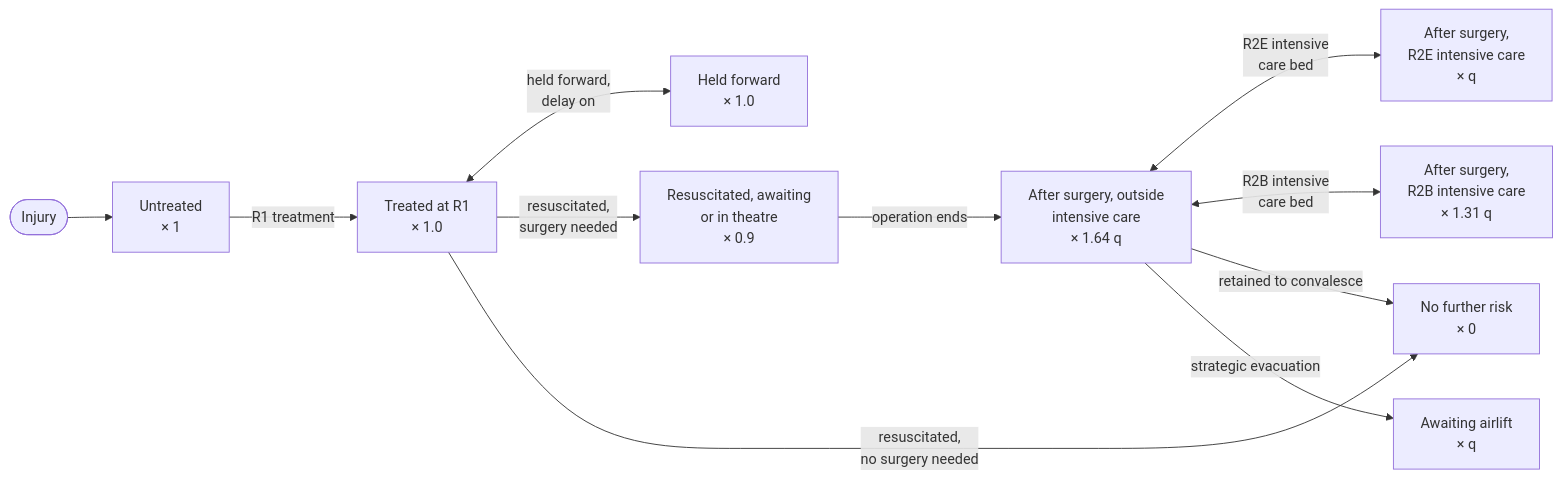
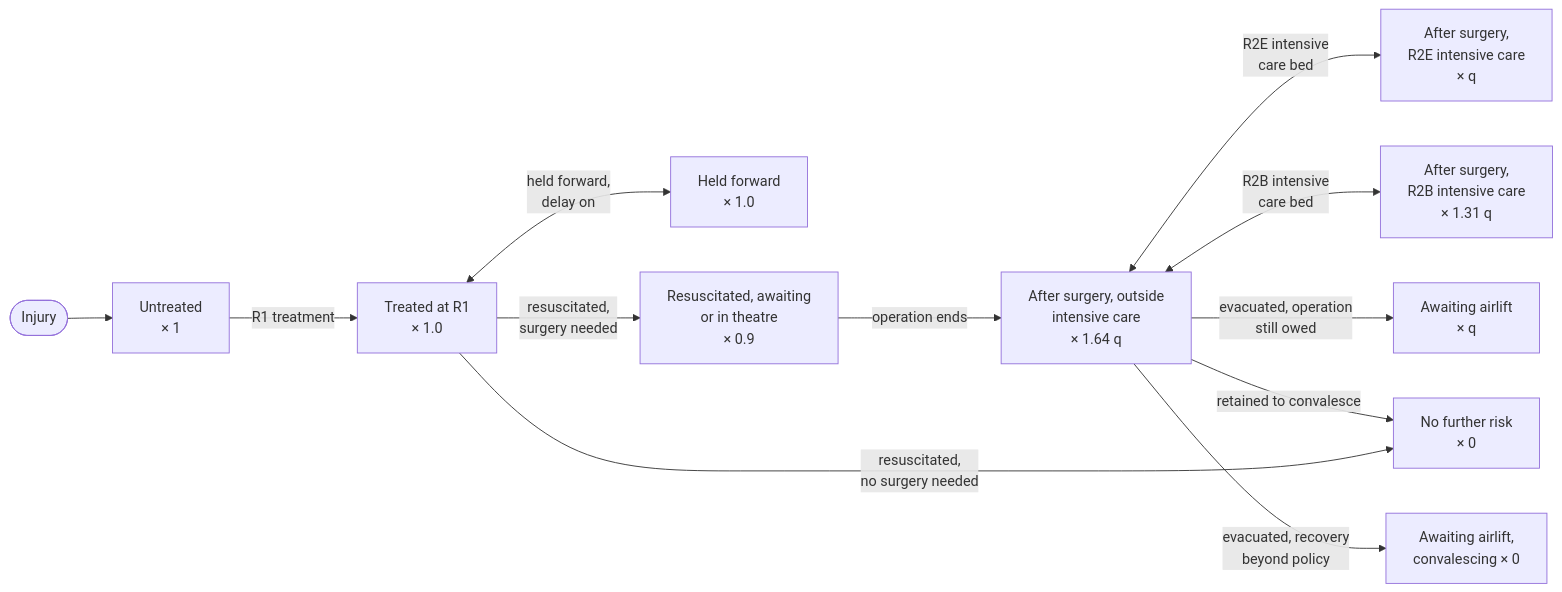
One commit to natosys/Battlefield-Casualty-Handling changed the second of 5 diagrams in README.md. Above: the diagram before and after it, drawn with Mermaid. The commit also changed other lines of this file and 4 other files, not shown here.

First line of the commit message:
docs(issue-631): document return to duty while awaiting airlift

````diff
--- a/README.md
+++ b/README.md
@@ -781,13 +781,14 @@
 ```mermaid
 flowchart LR
     INJ([Injury]) --> U["Untreated<br/>× 1"]
     U -->|R1 treatment| R1["Treated at R1<br/>× 1.0"]
     R1 <-->|"held forward,<br/>delay on"| HF["Held forward<br/>× 1.0"]
     R1 -->|"resuscitated,<br/>surgery needed"| RS["Resuscitated, awaiting<br/>or in theatre<br/>× 0.9"]
     R1 -->|"resuscitated,<br/>no surgery needed"| Z["No further risk<br/>× 0"]
     RS -->|operation ends| OUT["After surgery, outside<br/>intensive care<br/>× 1.64 q"]
     OUT <-->|"R2E intensive<br/>care bed"| ICU["After surgery,<br/>R2E intensive care<br/>× q"]
     OUT <-->|"R2B intensive<br/>care bed"| R2BICU["After surgery,<br/>R2B intensive care<br/>× 1.31 q"]
     OUT -->|retained to convalesce| Z
-    OUT -->|strategic evacuation| AIR["Awaiting airlift<br/>× q"]
+    OUT -->|"evacuated, operation<br/>still owed"| AIR["Awaiting airlift<br/>× q"]
+    OUT -->|"evacuated, recovery<br/>beyond policy"| AIRC["Awaiting airlift,<br/>convalescing × 0"]
 ```
````
